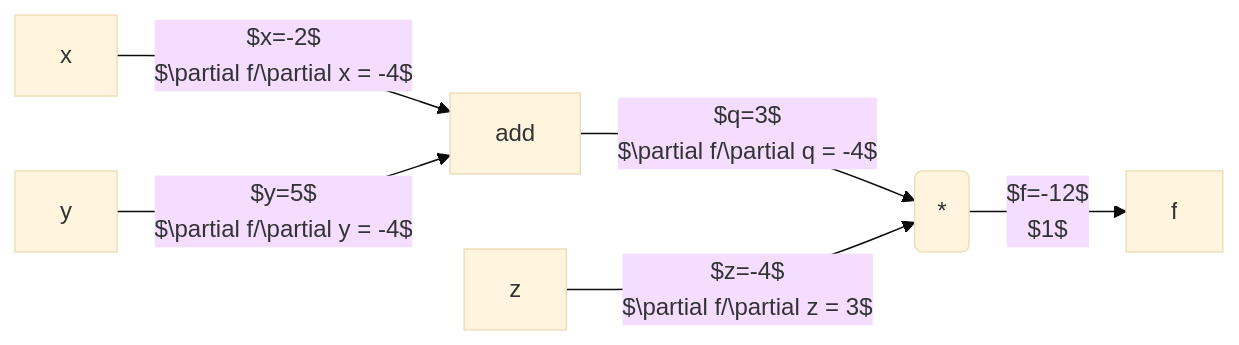
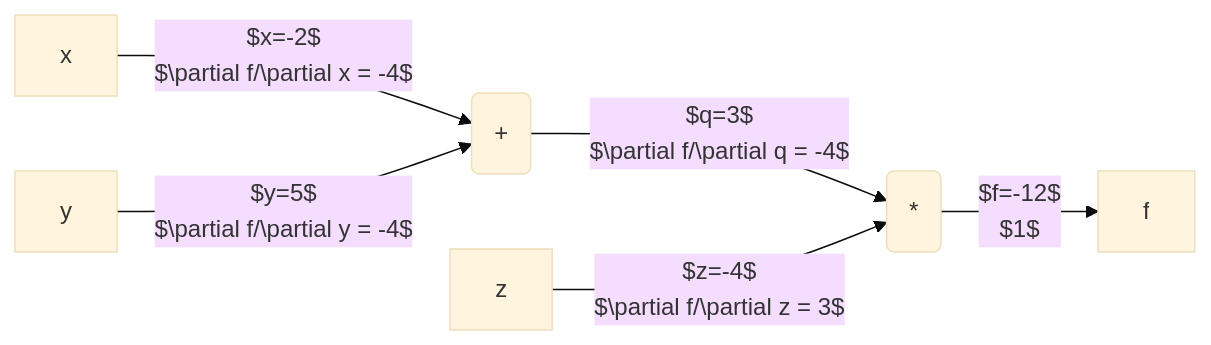
The diagram in content/how-to/autodiff.md (gorgonia/gorgonia.github.io), drawn with Mermaid (base theme) before and after one commit. The commit also changed other lines of this file, not shown here.

```diff
--- a/content/how-to/autodiff.md
+++ b/content/how-to/autodiff.md
@@ -22,8 +24,8 @@
 {{<mermaid align="left">}}
 graph LR;
     x -->|$x=-2$<br>$\partial f/\partial x = -4$| add
     y -->|$y=5$<br>$\partial f/\partial y = -4$| add
-    add -->|$q=3$<br>$\partial f/\partial q = -4$| mul
+    add(+) -->|$q=3$<br>$\partial f/\partial q = -4$| mul
     z -->|$z=-4$<br>$\partial f/\partial z = 3$| mul
     mul(*) -->|$f=-12$<br>$1$| f
 {{< /mermaid >}}
```
